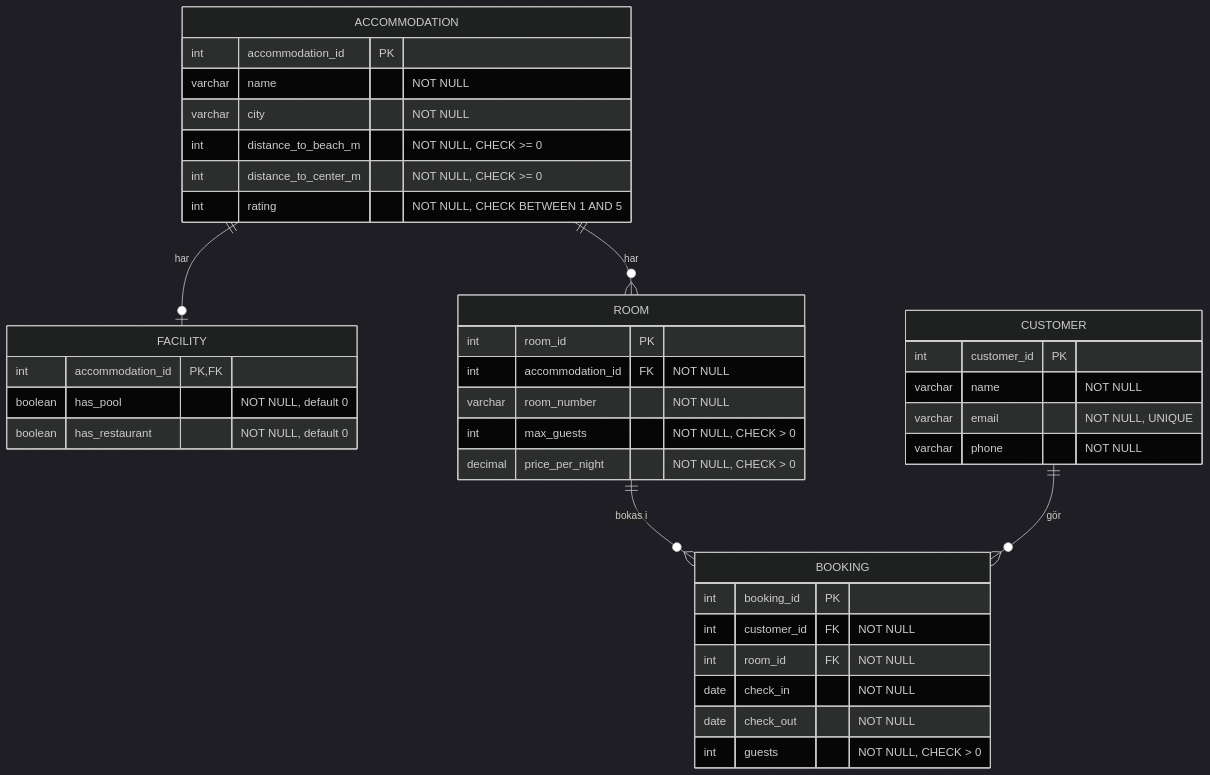
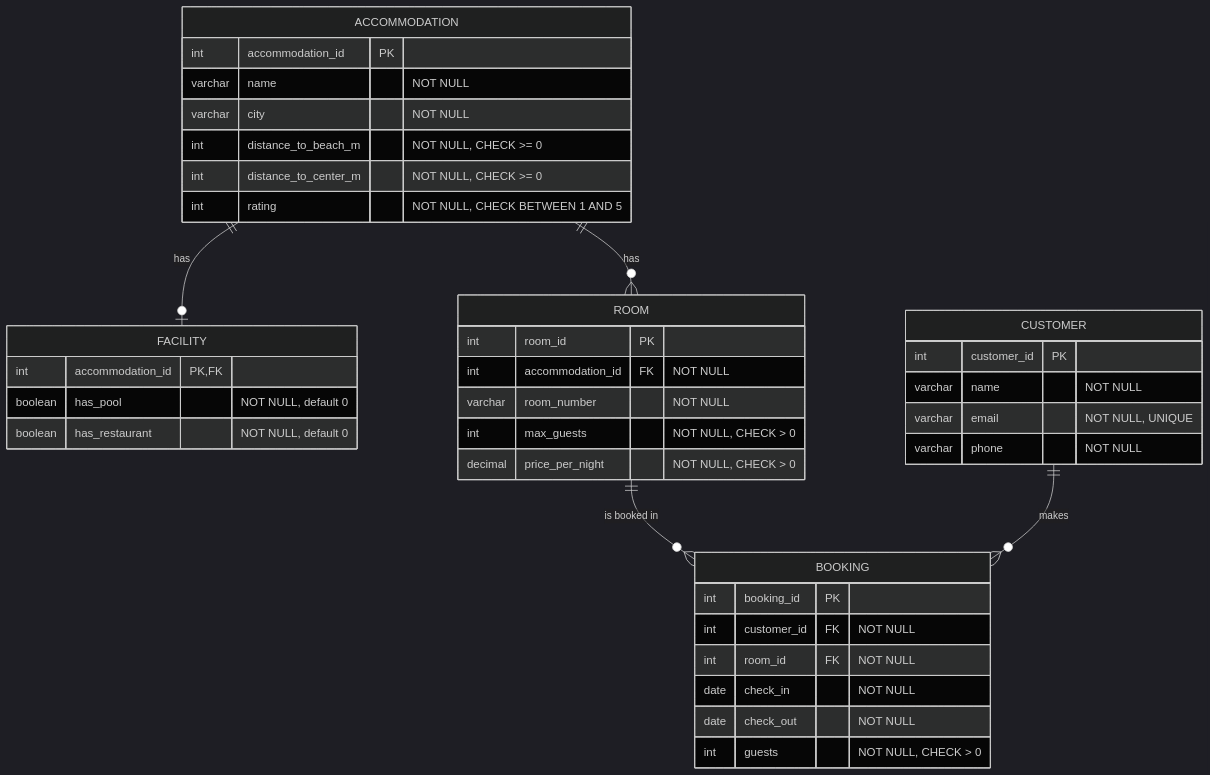
The diagram in docs/ER-diagram.md (sofiauhrbom73/holiday-maker), drawn with Mermaid (dark theme) before and after one commit. The commit also changed other lines of this file and 3 other files, not shown here.

````diff
--- a/docs/ER-diagram.md
+++ b/docs/ER-diagram.md
@@ -5,42 +5,42 @@
 ```mermaid
 erDiagram
-    ACCOMMODATION ||--o| FACILITY : "har"
-    ACCOMMODATION ||--o{ ROOM : "har"
-    ROOM ||--o{ BOOKING : "bokas i"
-    CUSTOMER ||--o{ BOOKING : "gör"
+    ACCOMMODATION ||--o| FACILITY : "has"
+    ACCOMMODATION ||--o{ ROOM : "has"
+    ROOM ||--o{ BOOKING : "is booked in"
+    CUSTOMER ||--o{ BOOKING : "makes"
 
     ACCOMMODATION {
         int accommodation_id PK
         varchar name "NOT NULL"
         varchar city "NOT NULL"
         int distance_to_beach_m "NOT NULL, CHECK >= 0"
         int distance_to_center_m "NOT NULL, CHECK >= 0"
         int rating "NOT NULL, CHECK BETWEEN 1 AND 5"
     }
     FACILITY {
         int accommodation_id PK, FK
         boolean has_pool "NOT NULL, default 0"
         boolean has_restaurant "NOT NULL, default 0"
     }
     ROOM {
         int room_id PK
         int accommodation_id FK "NOT NULL"
         varchar room_number "NOT NULL"
         int max_guests "NOT NULL, CHECK > 0"
         decimal price_per_night "NOT NULL, CHECK > 0"
     }
     CUSTOMER {
         int customer_id PK
         varchar name "NOT NULL"
         varchar email "NOT NULL, UNIQUE"
         varchar phone "NOT NULL"
     }
     BOOKING {
         int booking_id PK
         int customer_id FK "NOT NULL"
         int room_id FK "NOT NULL"
         date check_in "NOT NULL"
         date check_out "NOT NULL"
         int guests "NOT NULL, CHECK > 0"
     }
 ```
````
